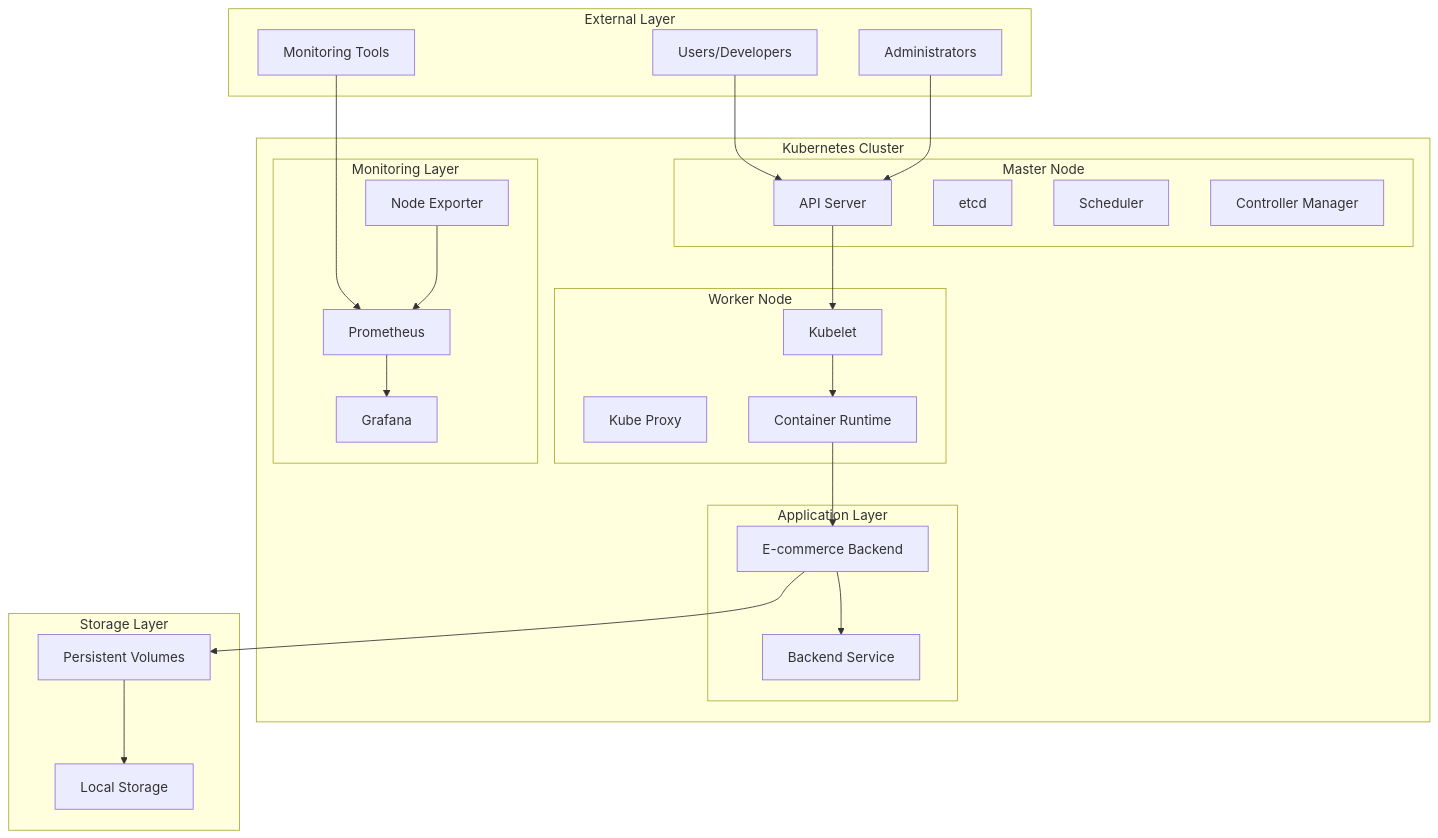
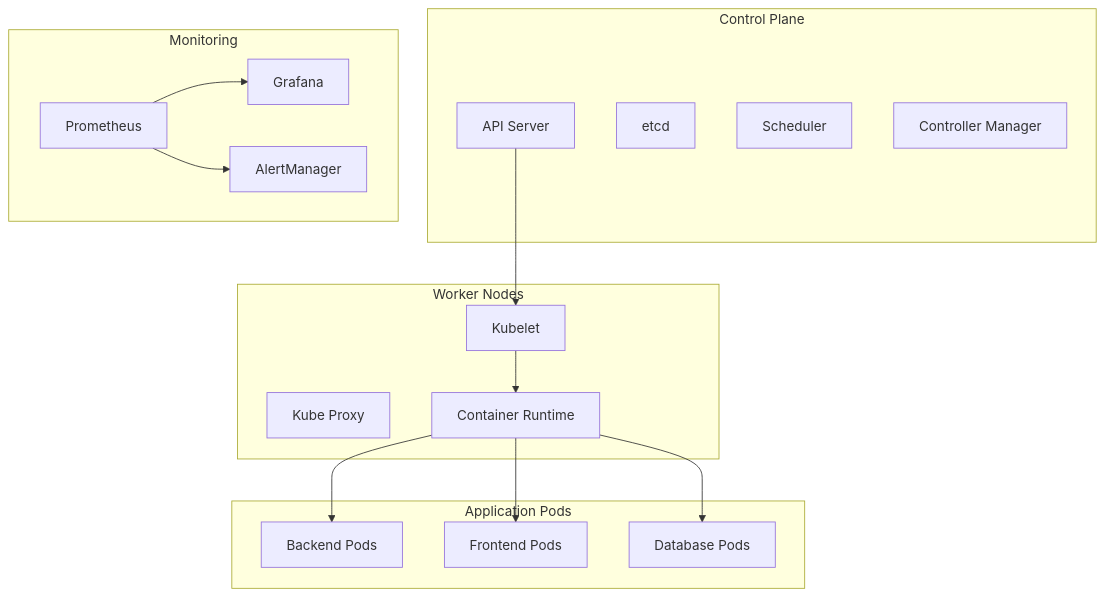
Before and after one commit to shyampagadi/e-commerce: the second of 4 diagrams in Kubernetes-Tutorial/Module-05.1-Project-01-Foundations/docs/03-technical-design.md, drawn with Mermaid. The commit also changed other lines of this file and 69 other files, not shown here.

````diff
--- a/Kubernetes-Tutorial/Module-05.1-Project-01-Foundations/docs/03-technical-design.md
+++ b/Kubernetes-Tutorial/Module-05.1-Project-01-Foundations/docs/03-technical-design.md
@@ -21,51 +506,35 @@
 ```mermaid
 graph TB
-    subgraph "External Layer"
-        USER[Users/Developers]
-        ADMIN[Administrators]
-        MONITOR[Monitoring Tools]
+    subgraph "Control Plane"
+        API[API Server]
+        ETCD[etcd]
+        SCHED[Scheduler]
+        CM[Controller Manager]
     end
     
-    subgraph "Kubernetes Cluster"
-        subgraph "Master Node"
-            API[API Server]
-            ETCD[etcd]
-            SCHED[Scheduler]
-            CM[Controller Manager]
-        end
-        
-        subgraph "Worker Node"
-            KUBELET[Kubelet]
-            PROXY[Kube Proxy]
-            RUNTIME[Container Runtime]
-        end
-        
-        subgraph "Application Layer"
-            BACKEND[E-commerce Backend]
-            SERVICE[Backend Service]
-        end
-        
-        subgraph "Monitoring Layer"
-            PROM[Prometheus]
-            GRAF[Grafana]
-            NODE_EXP[Node Exporter]
-        end
+    subgraph "Worker Nodes"
+        KUBELET[Kubelet]
+        PROXY[Kube Proxy]
+        RUNTIME[Container Runtime]
     end
     
-    subgraph "Storage Layer"
-        LOCAL[Local Storage]
-        VOL[Persistent Volumes]
+    subgraph "Application Pods"
+        BACKEND[Backend Pods]
+        FRONTEND[Frontend Pods]
+        DB[Database Pods]
     end
     
-    USER --> API
-    ADMIN --> API
-    MONITOR --> PROM
+    subgraph "Monitoring"
+        PROM[Prometheus]
+        GRAF[Grafana]
+        ALERT[AlertManager]
+    end
+    
     API --> KUBELET
     KUBELET --> RUNTIME
     RUNTIME --> BACKEND
-    BACKEND --> SERVICE
-    NODE_EXP --> PROM
+    RUNTIME --> FRONTEND
+    RUNTIME --> DB
     PROM --> GRAF
-    BACKEND --> VOL
-    VOL --> LOCAL
+    PROM --> ALERT
 ```
````
